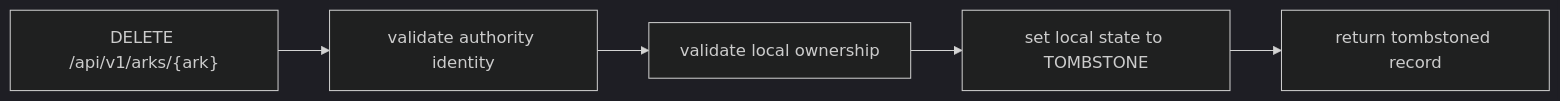
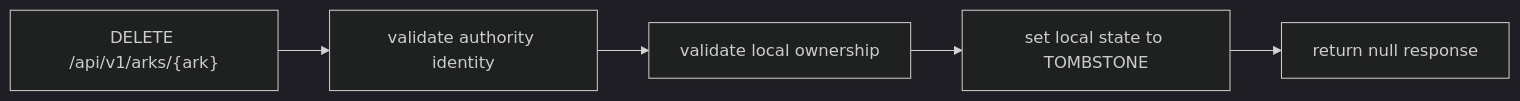
Before and after one commit to LA-Referencia-IOI/dark-core-minter-api: the seventh of 11 diagrams in README.md, drawn with Mermaid (dark theme). The commit also changed other lines of this file and 8 other files, not shown here.

````diff
--- a/README.md
+++ b/README.md
@@ -399,7 +410,7 @@
 ```mermaid
 flowchart LR
     A["DELETE /api/v1/arks/{ark}"] --> B["validate authority identity"]
     B --> C["validate local ownership"]
     C --> D["set local state to TOMBSTONE"]
-    D --> E["return tombstoned record"]
+    D --> E["return null response"]
 ```
````
